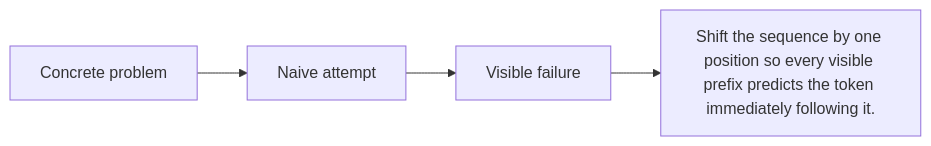
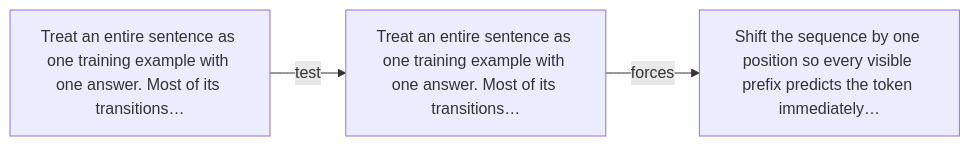
Before and after one commit to kleem-labs/AI-Archaeology: the diagram in excavations/040-next-token-examples/diagram.md, drawn with Mermaid. The commit also changed other lines of this file and 288 other files, not shown here.

````diff
--- a/excavations/040-next-token-examples/diagram.md
+++ b/excavations/040-next-token-examples/diagram.md
@@ -3,4 +5,5 @@
-~~~mermaid
+```mermaid
 flowchart LR
- A[Concrete problem] --> B[Naive attempt] --> C[Visible failure] --> D["Shift the sequence by one position so every visible prefix predicts the token immediately following it."]
-~~~
+    A["Treat an entire sentence as one training example with one answer. Most of its transitions…"] -->|"test"| B["Treat an entire sentence as one training example with one answer. Most of its transitions…"]
+    B -->|"forces"| C["Shift the sequence by one position so every visible prefix predicts the token immediately…"]
+```
````
